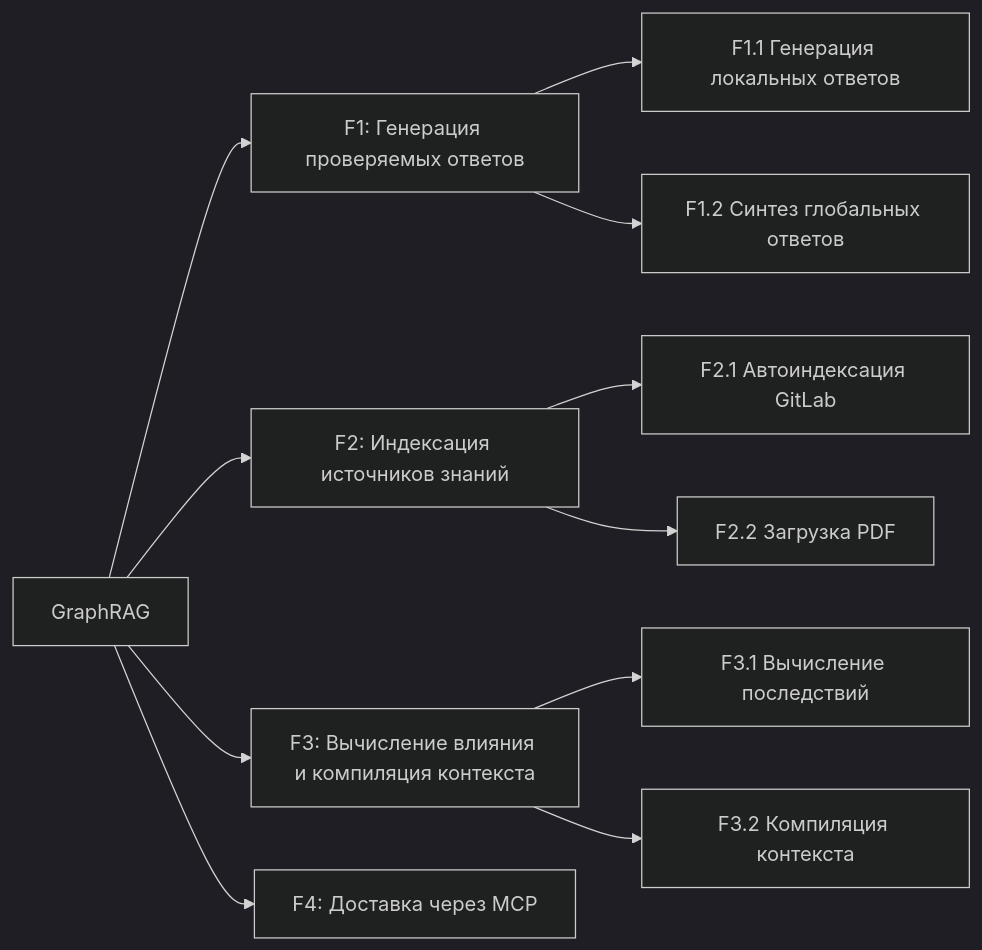
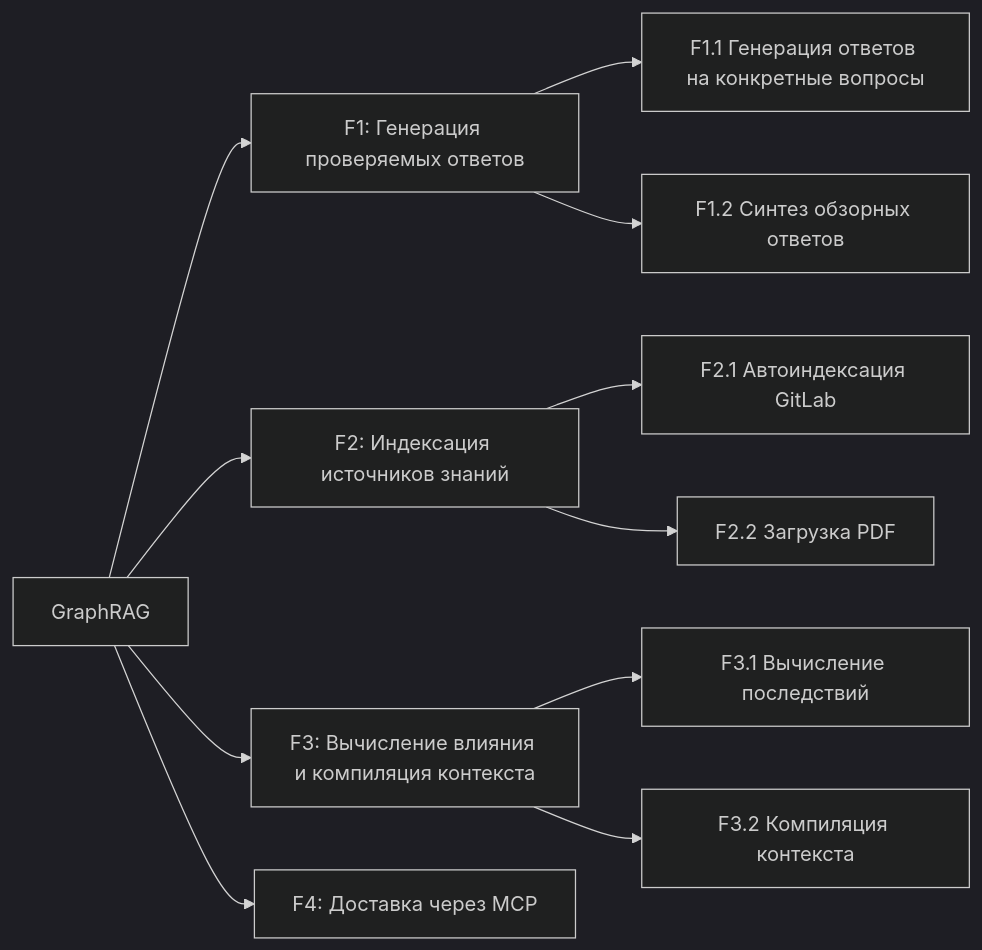
One commit to n-marusov/graphrag changed the first of 2 diagrams in specs/vision.md. Above: the diagram before and after it, drawn with Mermaid (dark theme). The commit also changed other lines of this file and 1 other file, not shown here.

````diff
--- a/specs/vision.md
+++ b/specs/vision.md
@@ -148,21 +152,21 @@
 ```mermaid
 flowchart LR
     Root["GraphRAG"]
 
     Root --> F1["F1: Генерация проверяемых ответов"]
     Root --> F2["F2: Индексация источников знаний"]
     Root --> F3["F3: Вычисление влияния и компиляция контекста"]
     Root --> F4["F4: Доставка через MCP"]
 
-    F1 --> F1_1["F1.1 Генерация локальных ответов"]
-    F1 --> F1_2["F1.2 Синтез глобальных ответов"]
+    F1 --> F1_1["F1.1 Генерация ответов на конкретные вопросы"]
+    F1 --> F1_2["F1.2 Синтез обзорных ответов"]
 
     F2 --> F2_1["F2.1 Автоиндексация GitLab"]
     F2 --> F2_2["F2.2 Загрузка PDF"]
 
     F3 --> F3_1["F3.1 Вычисление последствий"]
     F3 --> F3_2["F3.2 Компиляция контекста"]
 
     %% F4 — независимая функция-интерфейс; канал доступа к F1 и F3
     %% описан в тексте §2.2 (Граница F4), рёбрами в дереве не выражается
 ```
````
